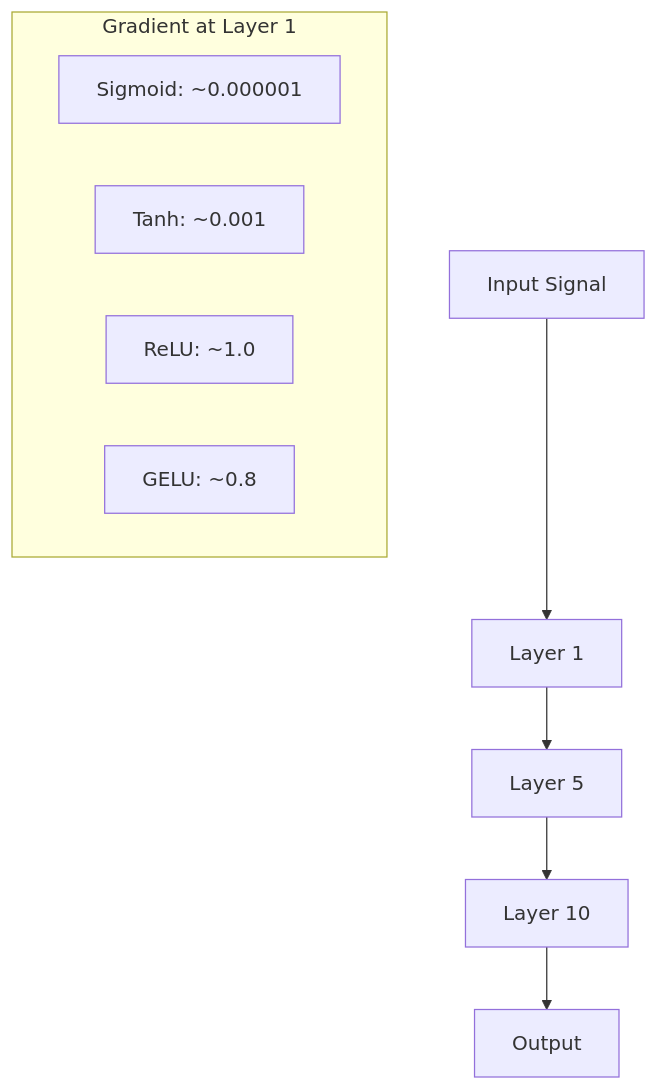
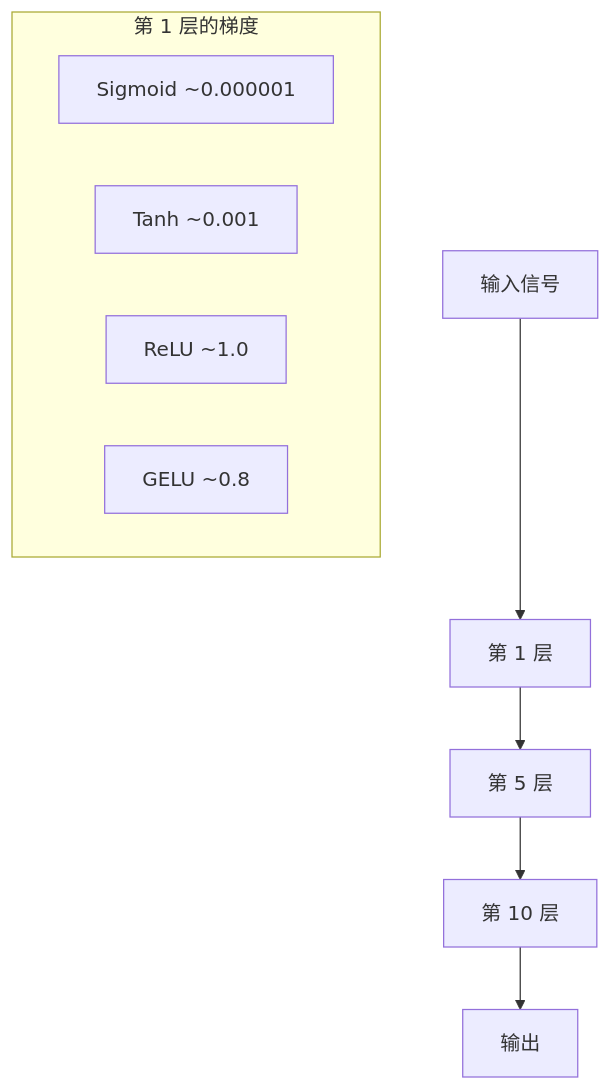
Before and after one commit to JerryC8080/ai-engineering-from-scratch-zh: the second of 3 diagrams in phases/03-deep-learning-core/04-activation-functions/docs/zh.md, drawn with Mermaid. The commit also changed other lines of this file and 156 other files, not shown here.

First line of the commit message:
i18n(zh): translate mermaid diagram labels in 157 lesson zh.md

````diff
--- a/phases/03-deep-learning-core/04-activation-functions/docs/zh.md
+++ b/phases/03-deep-learning-core/04-activation-functions/docs/zh.md
@@ -187,14 +187,14 @@
 ```mermaid
 graph TD
-    Input["Input Signal"] --> L1["Layer 1"]
-    L1 --> L5["Layer 5"]
-    L5 --> L10["Layer 10"]
-    L10 --> Output["Output"]
+    Input["输入信号"] --> L1["第 1 层"]
+    L1 --> L5["第 5 层"]
+    L5 --> L10["第 10 层"]
+    L10 --> Output["输出"]
 
-    subgraph "Gradient at Layer 1"
-        SigGrad["Sigmoid: ~0.000001"]
-        TanhGrad["Tanh: ~0.001"]
-        ReluGrad["ReLU: ~1.0"]
-        GeluGrad["GELU: ~0.8"]
+    subgraph "第 1 层的梯度"
+        SigGrad["Sigmoid ~0.000001"]
+        TanhGrad["Tanh ~0.001"]
+        ReluGrad["ReLU ~1.0"]
+        GeluGrad["GELU ~0.8"]
     end
 ```
````
